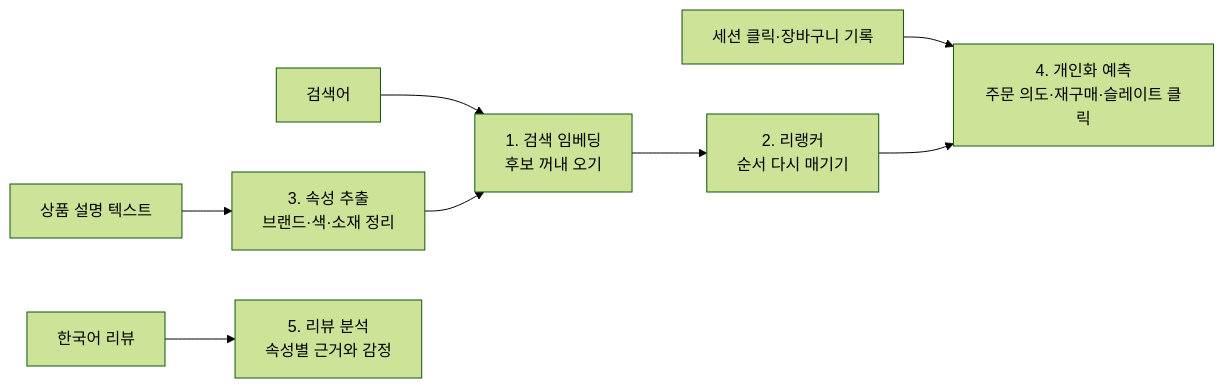
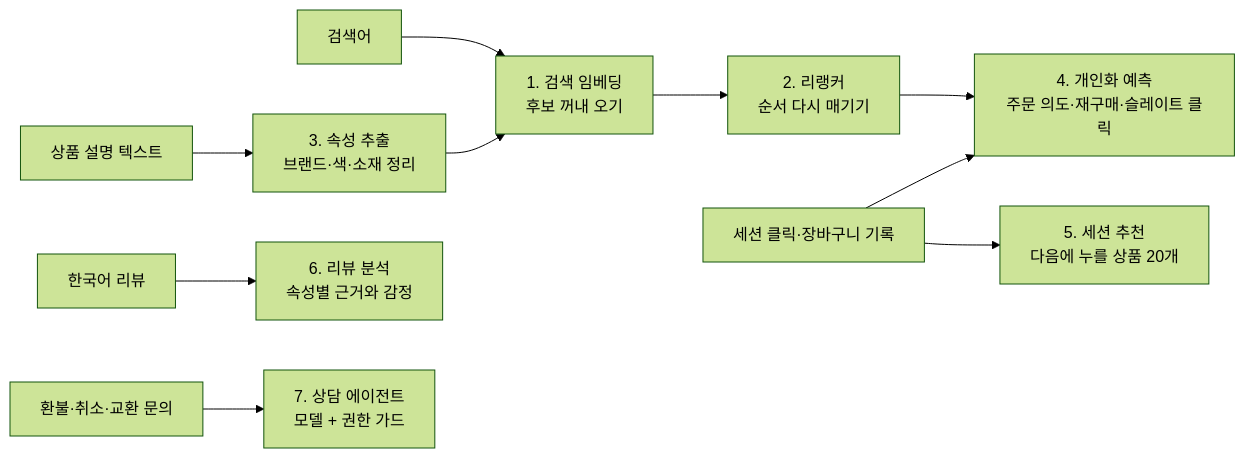
The diagram in _posts/ko/owm/2026-10-24-commerce-model-family-open.md (ThakiCloud/thakicloud.github.io), drawn with Mermaid (forest theme) before and after one commit. The commit also changed other lines of this file and 5 other files, not shown here.

````diff
--- a/_posts/ko/owm/2026-10-24-commerce-model-family-open.md
+++ b/_posts/ko/owm/2026-10-24-commerce-model-family-open.md
@@ -46,10 +49,12 @@
 ```mermaid
 flowchart LR
     Q[검색어] --> S[1. 검색 임베딩<br/>후보 꺼내 오기]
     S --> R[2. 리랭커<br/>순서 다시 매기기]
     C[상품 설명 텍스트] --> A[3. 속성 추출<br/>브랜드·색·소재 정리]
     A --> S
     E[세션 클릭·장바구니 기록] --> P[4. 개인화 예측<br/>주문 의도·재구매·슬레이트 클릭]
     R --> P
-    V[한국어 리뷰] --> RV[5. 리뷰 분석<br/>속성별 근거와 감정]
+    E --> SR[5. 세션 추천<br/>다음에 누를 상품 20개]
+    V[한국어 리뷰] --> RV[6. 리뷰 분석<br/>속성별 근거와 감정]
+    CS[환불·취소·교환 문의] --> AG[7. 상담 에이전트<br/>모델 + 권한 가드]
 ```
````
